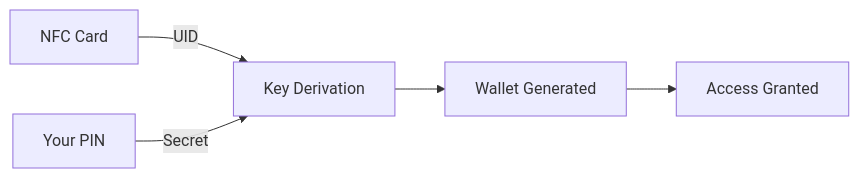
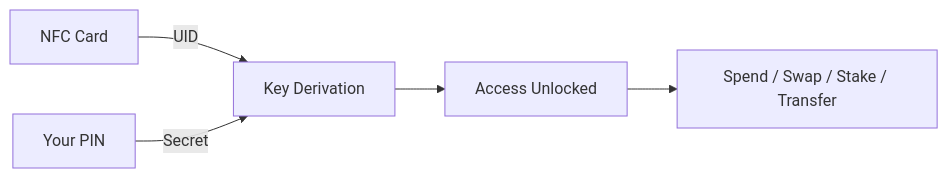
One commit to Griplock-Labs/docs changed the diagram in introduction.mdx. Above: the diagram before and after it, drawn with Mermaid. The commit also changed other lines of this file and 1 other file, not shown here.

````diff
--- a/introduction.mdx
+++ b/introduction.mdx
@@ -38,7 +52,7 @@
 ```mermaid
 flowchart LR
     A[NFC Card] -->|UID| C[Key Derivation]
     B[Your PIN] -->|Secret| C
-    C --> D[Wallet Generated]
-    D --> E[Access Granted]
+    C --> D[Access Unlocked]
+    D --> E[Spend / Swap / Stake / Transfer]
 ```
````
